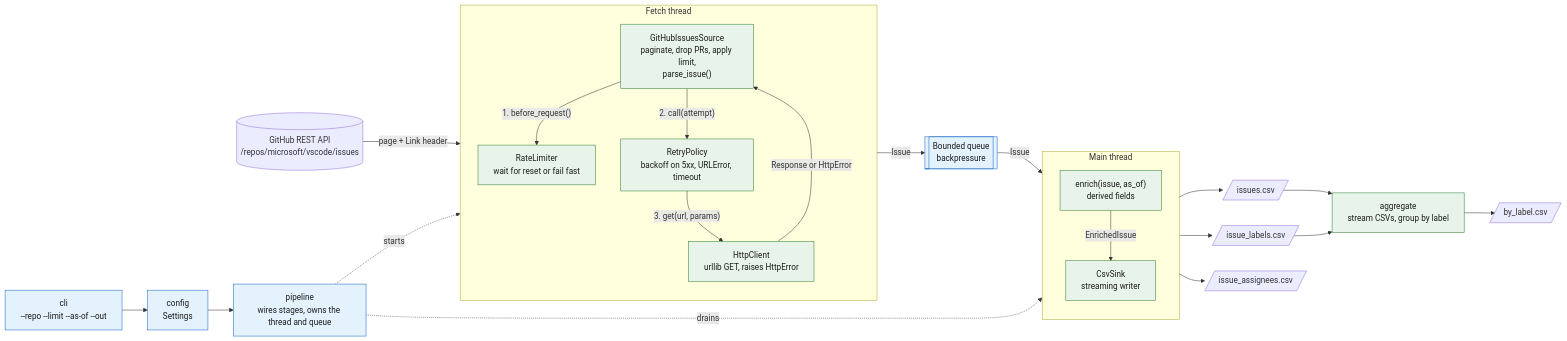
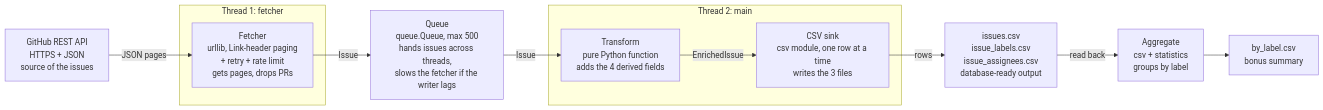
One commit to eladgazit/issueflow changed the diagram in README.md. Above: the diagram before and after it, drawn with Mermaid. The commit also changed other lines of this file, not shown here.

Commit message:
Simplify README architecture diagram and add module table
- Mermaid: single left-to-right chain showing fetcher, queue and each stage
  with its technology and purpose, plus a plain-text copy
- Modules at a glance: one-line description and technology per module
- Fix stale memory claim and tests heading

````diff
--- a/README.md
+++ b/README.md
@@ -21,54 +21,27 @@
 ```mermaid
 flowchart LR
-    API[("GitHub REST API<br/>/repos/microsoft/vscode/issues")]
+    API["GitHub REST API<br/>HTTPS + JSON<br/>source of the issues"]
 
-    subgraph FETCH["Fetch thread"]
-        direction TB
-        SRC["GitHubIssuesSource<br/>paginate, drop PRs, apply limit,<br/>parse_issue()"]
-        LIM["RateLimiter<br/>wait for reset or fail fast"]
-        RET["RetryPolicy<br/>backoff on 5xx, URLError, timeout"]
-        HTTP["HttpClient<br/>urllib GET, raises HttpError"]
-        SRC -->|"1. before_request()"| LIM
-        SRC -->|"2. call(attempt)"| RET
-        RET -->|"3. get(url, params)"| HTTP
+    subgraph T1["Thread 1: fetcher"]
+        FETCH["Fetcher<br/>urllib, Link-header paging<br/>+ retry + rate limit<br/>gets pages, drops PRs"]
     end
 
-    Q[["Bounded queue<br/>backpressure"]]
+    Q["Queue<br/>queue.Queue, max 500<br/>hands issues across threads,<br/>slows the fetcher if the writer lags"]
 
-    subgraph MAIN["Main thread"]
-        direction TB
-        ENR["enrich(issue, as_of)<br/>derived fields"]
-        SINK["CsvSink<br/>streaming writer"]
-        ENR -->|"EnrichedIssue"| SINK
+    subgraph T2["Thread 2: main"]
+        XFORM["Transform<br/>pure Python function<br/>adds the 4 derived fields"]
+        SINK["CSV sink<br/>csv module, one row at a time<br/>writes the 3 files"]
     end
 
-    OUT1[/"issues.csv"/]
-    OUT2[/"issue_labels.csv"/]
-    OUT3[/"issue_assignees.csv"/]
-    AGG["aggregate<br/>stream CSVs, group by label"]
-    BY[/"by_label.csv"/]
+    FILES["issues.csv<br/>issue_labels.csv<br/>issue_assignees.csv<br/>database-ready output"]
+    AGG["Aggregate<br/>csv + statistics<br/>groups by label"]
+    BYLABEL["by_label.csv<br/>bonus summary"]
 
-    CLI["cli<br/>--repo --limit --as-of --out"]
-    CFG["config<br/>Settings"]
-    PIPE["pipeline<br/>wires stages, owns the thread and queue"]
-
-    API -->|"page + Link header"| HTTP
-    HTTP -->|"Response or HttpError"| SRC
-    SRC -->|"Issue"| Q
-    Q -->|"Issue"| ENR
-    SINK --> OUT1
-    SINK --> OUT2
-    SINK --> OUT3
-    OUT1 --> AGG
-    OUT2 --> AGG
-    AGG --> BY
-
-    CLI --> CFG --> PIPE
-    PIPE -.->|"starts"| FETCH
-    PIPE -.->|"drains"| MAIN
-
-    classDef stage fill:#e8f4ea,stroke:#2e7d32,color:#1b1b1b;
-    classDef glue fill:#e3f2fd,stroke:#1565c0,color:#1b1b1b;
-    class SRC,LIM,RET,HTTP,ENR,SINK,AGG stage;
-    class Q,CLI,CFG,PIPE glue;
+    API -->|"JSON pages"| FETCH
+    FETCH -->|"Issue"| Q
+    Q -->|"Issue"| XFORM
+    XFORM -->|"EnrichedIssue"| SINK
+    SINK -->|"rows"| FILES
+    FILES -->|"read back"| AGG
+    AGG --> BYLABEL
 ```
````
